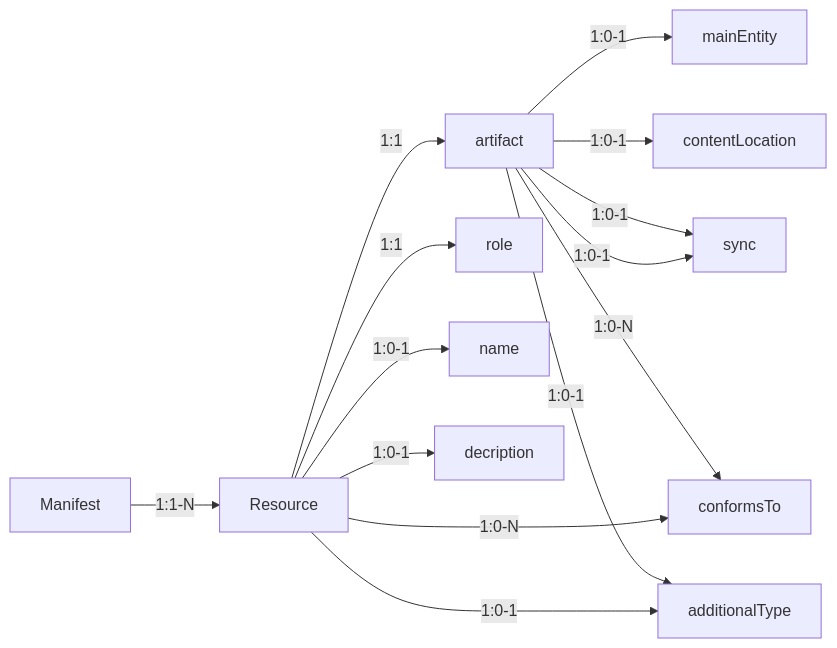
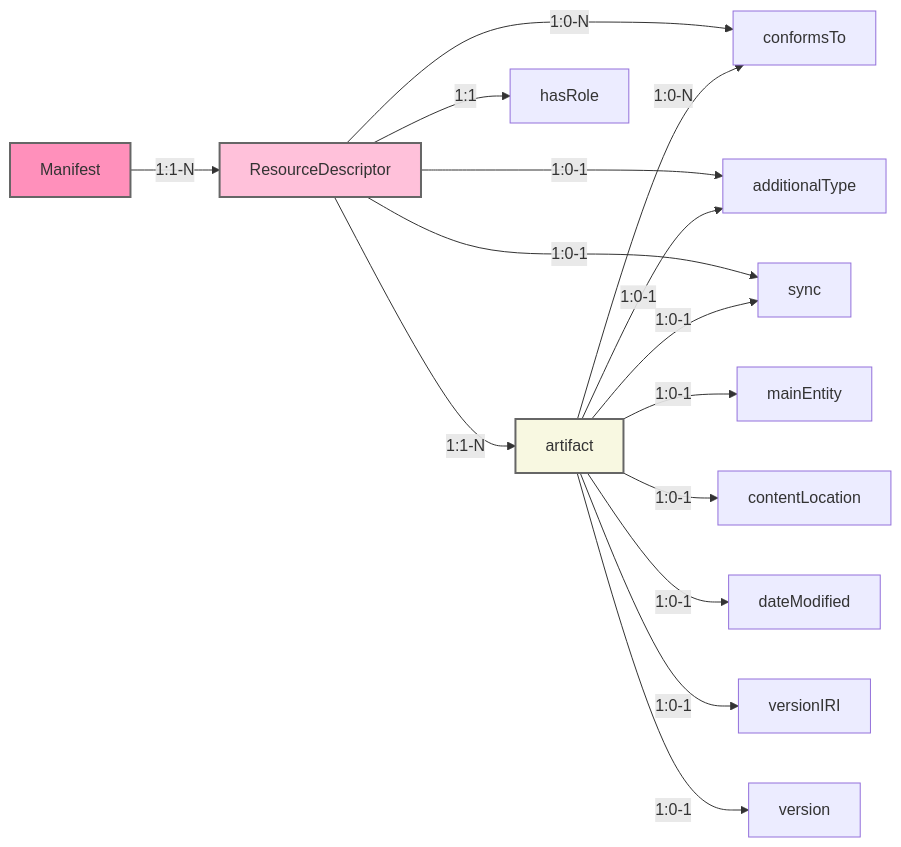
Before and after one commit to Kurrawong/prez.dev: the first of 5 diagrams in docs/manifest.md, drawn with Mermaid. The commit also changed other lines of this file and 2 other files, not shown here.

````diff
--- a/docs/manifest.md
+++ b/docs/manifest.md
@@ -14,16 +16,22 @@
 ``` mermaid
 graph LR
-  Manifest --1:1-N--> Resource;
-  Resource --1:1--> artifact;
-  Resource --1:1--> role;
-  Resource --1:0-1--> name;
-  Resource --1:0-1--> decription;
-  Resource --1:0-N--> conformsTo;
-  Resource --1:0-1--> additionalType;
+  style Manifest fill:#FF90BB,stroke:#666,stroke-width:2px
+  Manifest --1:1-N--> ResourceDescriptor;
+  style ResourceDescriptor fill:#FFC1DA,stroke:#666,stroke-width:2px
+  style artifact fill:#F8F8E1,stroke:#666,stroke-width:2px 
+  ResourceDescriptor --1:1-N--> artifact;
+  ResourceDescriptor --1:1--> hasRole;
+  ResourceDescriptor --1:0-N--> conformsTo;
+  ResourceDescriptor --1:0-1--> additionalType;
+  ResourceDescriptor --1:0-1--> sync;
+  style artifact fill:#F8F8E1,stroke:#666,stroke-width:2px  
+  artifact --1:0-N--> conformsTo;
+  artifact --1:0-1--> additionalType;
   artifact --1:0-1--> sync;
   artifact --1:0-1--> mainEntity;
   artifact --1:0-1--> contentLocation;
-  artifact --1:0-N--> conformsTo;
-  artifact --1:0-1--> additionalType;
-  artifact --1:0-1--> sync;
+  style artifact fill:#F8F8E1,stroke:#666,stroke-width:2px  
+  artifact --1:0-1--> dateModified;
+  artifact --1:0-1--> versionIRI;
+  artifact --1:0-1--> version;
 ```
````
